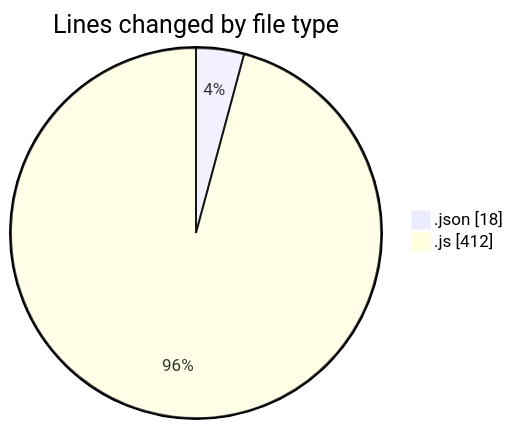
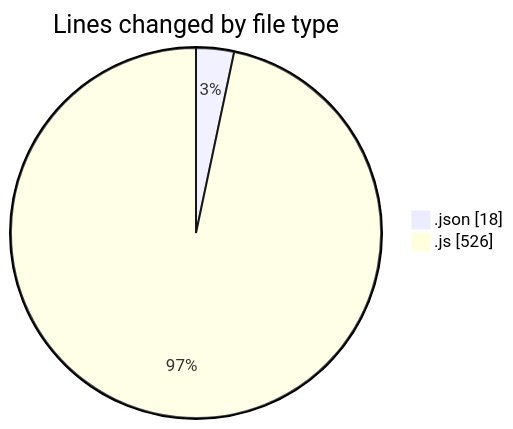
Before and after one commit to BS-eng2023/code-tracking: the first of 2 diagrams in 2025-04-01/jsvms/README.md, drawn with Mermaid. The commit also changed other lines of this file and 1 other file, not shown here.

````diff
--- a/2025-04-01/jsvms/README.md
+++ b/2025-04-01/jsvms/README.md
@@ -29,6 +29,6 @@
 ```mermaid
 pie showData
 title Lines changed by file type
 ".json" : 18
-".js" : 412
+".js" : 526
 ```
````
